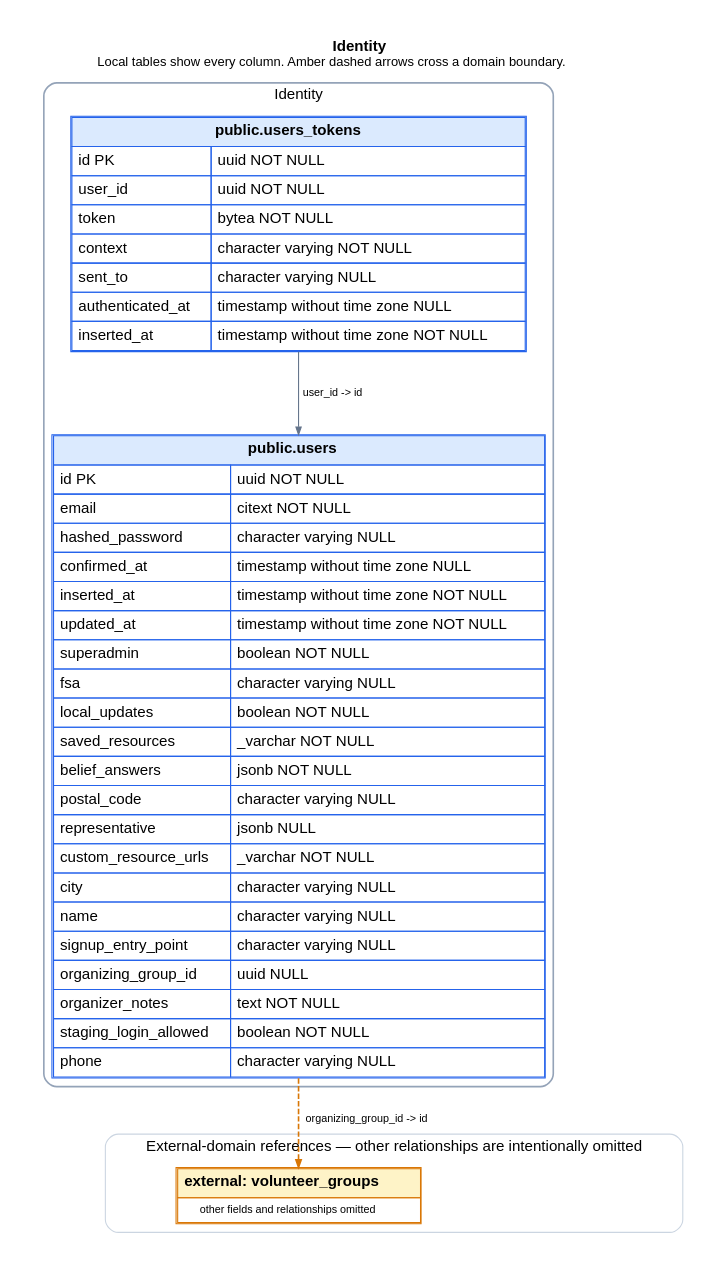
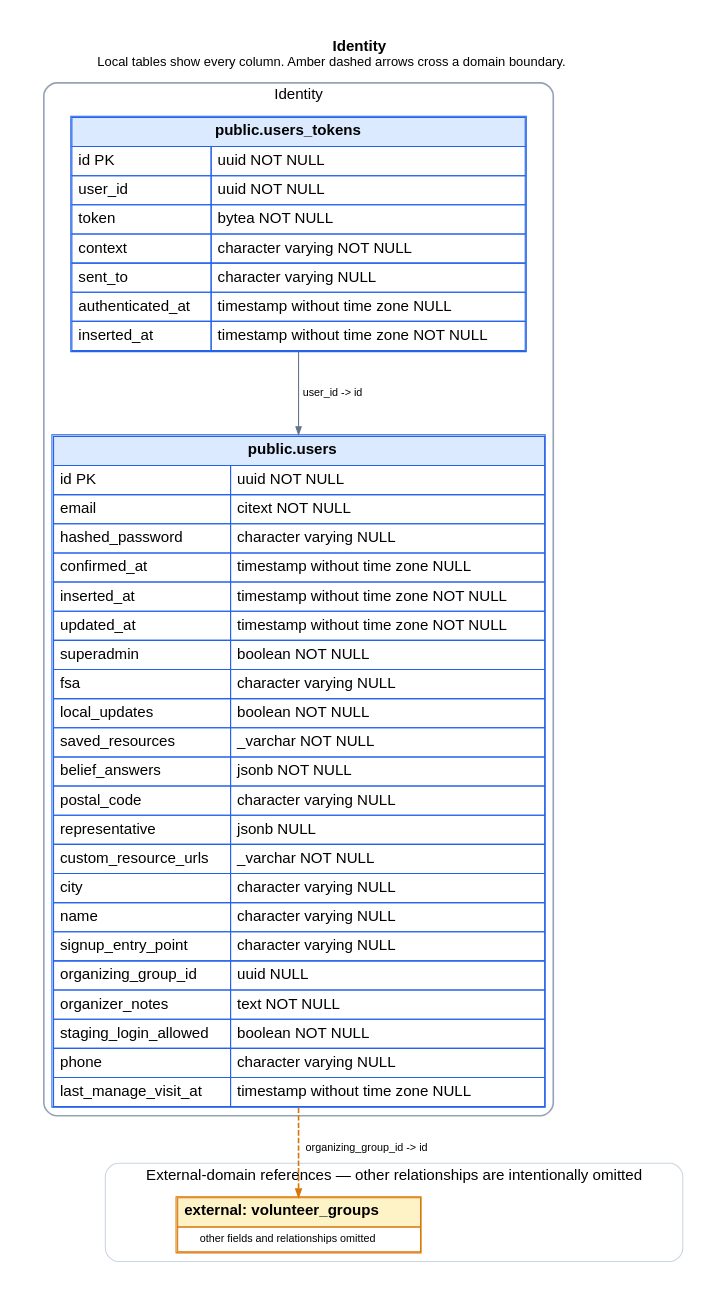
Before and after one commit to ogourment/pauseai.ca-website: the diagram in docs/schema/domains/identity.dot, drawn with Graphviz. The commit also changed 40 other files, not shown here.

Commit message:
Organize Manage and publish local chapters by service area

```diff
--- a/docs/schema/domains/identity.dot
+++ b/docs/schema/domains/identity.dot
@@ -1,45 +1,45 @@
 digraph identity {
   graph [rankdir=TB, bgcolor="white", pad=0.35, nodesep=0.6, ranksep=0.9, fontname="Helvetica"];
   node [shape=plain, fontname="Helvetica"];
   edge [fontname="Helvetica", fontsize=10, arrowsize=0.7];
   labelloc="t";
   label=< <B>Identity</B><BR/><FONT POINT-SIZE="12">Local tables show every column. Amber dashed arrows cross a domain boundary.</FONT> >;
 
   subgraph cluster_local {
     label="Identity";
     color="#94a3b8";
     penwidth=1.5;
     style="rounded";
   "users" [label=<
     <TABLE BORDER="1" CELLBORDER="1" CELLSPACING="0" CELLPADDING="5" COLOR="#2563eb">
       <TR><TD BGCOLOR="#dbeafe" COLSPAN="2"><B>public.users</B></TD></TR>
-      <TR><TD ALIGN="LEFT">id PK</TD><TD ALIGN="LEFT">uuid NOT NULL</TD></TR><TR><TD ALIGN="LEFT">email</TD><TD ALIGN="LEFT">citext NOT NULL</TD></TR><TR><TD ALIGN="LEFT">hashed_password</TD><TD ALIGN="LEFT">character varying NULL</TD></TR><TR><TD ALIGN="LEFT">confirmed_at</TD><TD ALIGN="LEFT">timestamp without time zone NULL</TD></TR><TR><TD ALIGN="LEFT">inserted_at</TD><TD ALIGN="LEFT">timestamp without time zone NOT NULL</TD></TR><TR><TD ALIGN="LEFT">updated_at</TD><TD ALIGN="LEFT">timestamp without time zone NOT NULL</TD></TR><TR><TD ALIGN="LEFT">superadmin</TD><TD ALIGN="LEFT">boolean NOT NULL</TD></TR><TR><TD ALIGN="LEFT">fsa</TD><TD ALIGN="LEFT">character varying NULL</TD></TR><TR><TD ALIGN="LEFT">local_updates</TD><TD ALIGN="LEFT">boolean NOT NULL</TD></TR><TR><TD ALIGN="LEFT">saved_resources</TD><TD ALIGN="LEFT">_varchar NOT NULL</TD></TR><TR><TD ALIGN="LEFT">belief_answers</TD><TD ALIGN="LEFT">jsonb NOT NULL</TD></TR><TR><TD ALIGN="LEFT">postal_code</TD><TD ALIGN="LEFT">character varying NULL</TD></TR><TR><TD ALIGN="LEFT">representative</TD><TD ALIGN="LEFT">jsonb NULL</TD></TR><TR><TD ALIGN="LEFT">custom_resource_urls</TD><TD ALIGN="LEFT">_varchar NOT NULL</TD></TR><TR><TD ALIGN="LEFT">city</TD><TD ALIGN="LEFT">character varying NULL</TD></TR><TR><TD ALIGN="LEFT">name</TD><TD ALIGN="LEFT">character varying NULL</TD></TR><TR><TD ALIGN="LEFT">signup_entry_point</TD><TD ALIGN="LEFT">character varying NULL</TD></TR><TR><TD ALIGN="LEFT">organizing_group_id</TD><TD ALIGN="LEFT">uuid NULL</TD></TR><TR><TD ALIGN="LEFT">organizer_notes</TD><TD ALIGN="LEFT">text NOT NULL</TD></TR><TR><TD ALIGN="LEFT">staging_login_allowed</TD><TD ALIGN="LEFT">boolean NOT NULL</TD></TR><TR><TD ALIGN="LEFT">phone</TD><TD ALIGN="LEFT">character varying NULL</TD></TR>
+      <TR><TD ALIGN="LEFT">id PK</TD><TD ALIGN="LEFT">uuid NOT NULL</TD></TR><TR><TD ALIGN="LEFT">email</TD><TD ALIGN="LEFT">citext NOT NULL</TD></TR><TR><TD ALIGN="LEFT">hashed_password</TD><TD ALIGN="LEFT">character varying NULL</TD></TR><TR><TD ALIGN="LEFT">confirmed_at</TD><TD ALIGN="LEFT">timestamp without time zone NULL</TD></TR><TR><TD ALIGN="LEFT">inserted_at</TD><TD ALIGN="LEFT">timestamp without time zone NOT NULL</TD></TR><TR><TD ALIGN="LEFT">updated_at</TD><TD ALIGN="LEFT">timestamp without time zone NOT NULL</TD></TR><TR><TD ALIGN="LEFT">superadmin</TD><TD ALIGN="LEFT">boolean NOT NULL</TD></TR><TR><TD ALIGN="LEFT">fsa</TD><TD ALIGN="LEFT">character varying NULL</TD></TR><TR><TD ALIGN="LEFT">local_updates</TD><TD ALIGN="LEFT">boolean NOT NULL</TD></TR><TR><TD ALIGN="LEFT">saved_resources</TD><TD ALIGN="LEFT">_varchar NOT NULL</TD></TR><TR><TD ALIGN="LEFT">belief_answers</TD><TD ALIGN="LEFT">jsonb NOT NULL</TD></TR><TR><TD ALIGN="LEFT">postal_code</TD><TD ALIGN="LEFT">character varying NULL</TD></TR><TR><TD ALIGN="LEFT">representative</TD><TD ALIGN="LEFT">jsonb NULL</TD></TR><TR><TD ALIGN="LEFT">custom_resource_urls</TD><TD ALIGN="LEFT">_varchar NOT NULL</TD></TR><TR><TD ALIGN="LEFT">city</TD><TD ALIGN="LEFT">character varying NULL</TD></TR><TR><TD ALIGN="LEFT">name</TD><TD ALIGN="LEFT">character varying NULL</TD></TR><TR><TD ALIGN="LEFT">signup_entry_point</TD><TD ALIGN="LEFT">character varying NULL</TD></TR><TR><TD ALIGN="LEFT">organizing_group_id</TD><TD ALIGN="LEFT">uuid NULL</TD></TR><TR><TD ALIGN="LEFT">organizer_notes</TD><TD ALIGN="LEFT">text NOT NULL</TD></TR><TR><TD ALIGN="LEFT">staging_login_allowed</TD><TD ALIGN="LEFT">boolean NOT NULL</TD></TR><TR><TD ALIGN="LEFT">phone</TD><TD ALIGN="LEFT">character varying NULL</TD></TR><TR><TD ALIGN="LEFT">last_manage_visit_at</TD><TD ALIGN="LEFT">timestamp without time zone NULL</TD></TR>
     </TABLE>
   >];
 
   "users_tokens" [label=<
     <TABLE BORDER="1" CELLBORDER="1" CELLSPACING="0" CELLPADDING="5" COLOR="#2563eb">
       <TR><TD BGCOLOR="#dbeafe" COLSPAN="2"><B>public.users_tokens</B></TD></TR>
       <TR><TD ALIGN="LEFT">id PK</TD><TD ALIGN="LEFT">uuid NOT NULL</TD></TR><TR><TD ALIGN="LEFT">user_id</TD><TD ALIGN="LEFT">uuid NOT NULL</TD></TR><TR><TD ALIGN="LEFT">token</TD><TD ALIGN="LEFT">bytea NOT NULL</TD></TR><TR><TD ALIGN="LEFT">context</TD><TD ALIGN="LEFT">character varying NOT NULL</TD></TR><TR><TD ALIGN="LEFT">sent_to</TD><TD ALIGN="LEFT">character varying NULL</TD></TR><TR><TD ALIGN="LEFT">authenticated_at</TD><TD ALIGN="LEFT">timestamp without time zone NULL</TD></TR><TR><TD ALIGN="LEFT">inserted_at</TD><TD ALIGN="LEFT">timestamp without time zone NOT NULL</TD></TR>
     </TABLE>
   >];
 
   }
 
   subgraph cluster_external {
     label="External-domain references — other relationships are intentionally omitted";
     color="#cbd5e1";
     penwidth=1;
     style="rounded";
   "volunteer_groups" [label=<
     <TABLE BORDER="1" CELLBORDER="1" CELLSPACING="0" CELLPADDING="5" COLOR="#d97706">
       <TR><TD BGCOLOR="#fef3c7"><B>external: volunteer_groups</B></TD></TR>
       <TR><TD><FONT POINT-SIZE="10">other fields and relationships omitted</FONT></TD></TR>
     </TABLE>
   >];
 
   }
 
   "users" -> "volunteer_groups" [label="organizing_group_id -> id", color="#d97706", style="dashed", penwidth=1.5];
   "users_tokens" -> "users" [label="user_id -> id", color="#64748b"];
 }
```
